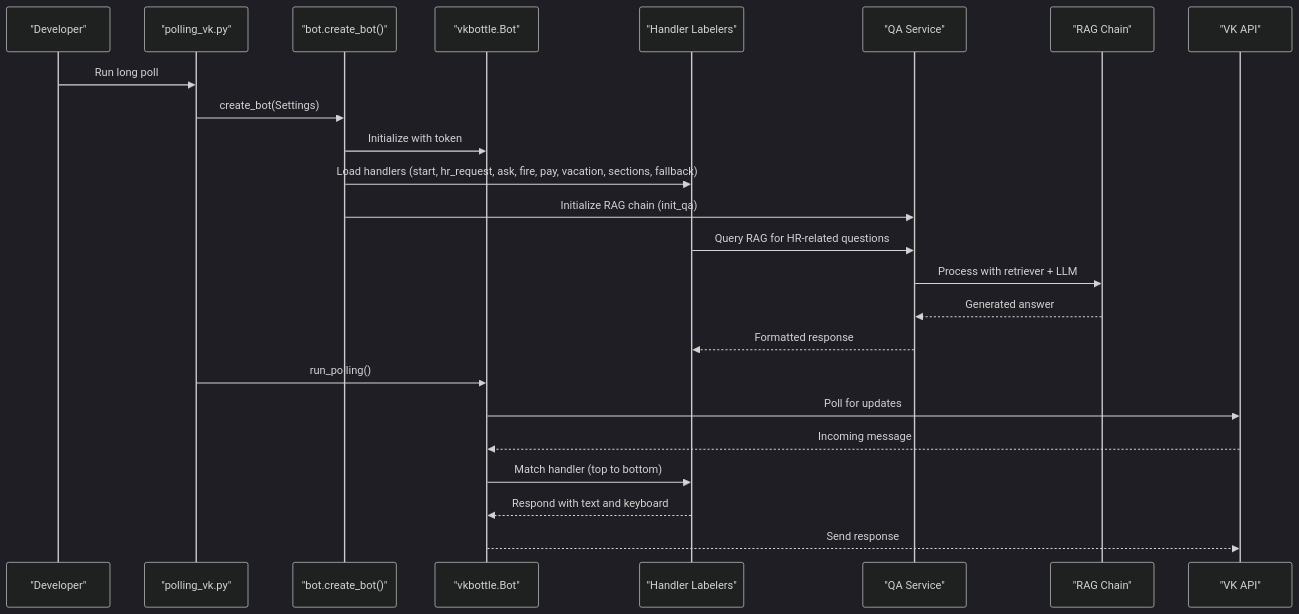
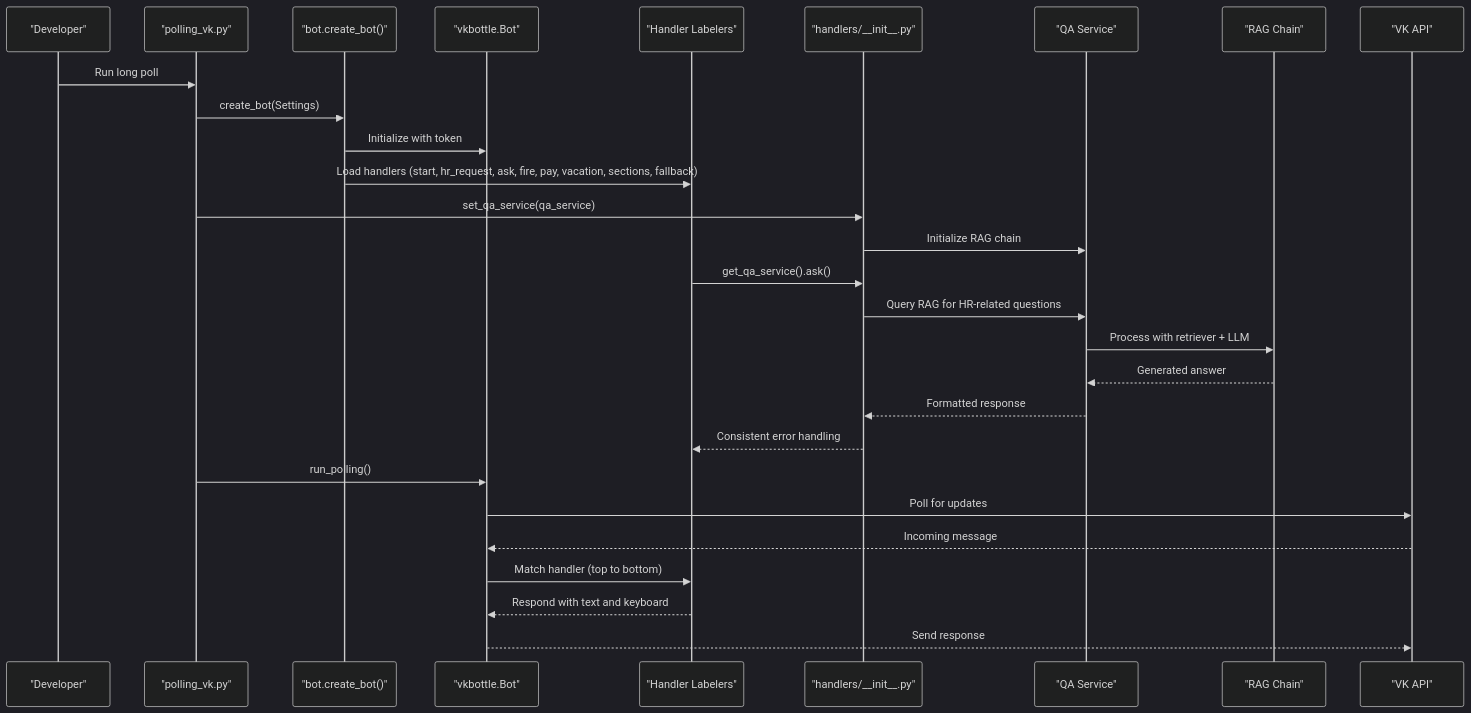
Before and after one commit to ognelis/cafetera_hr_bot: the second of 11 diagrams in .qoder/repowiki/en/content/VK Integration/VK Integration.md, drawn with Mermaid (dark theme). The commit also changed other lines of this file and 29 other files, not shown here.

````diff
--- a/.qoder/repowiki/en/content/VK Integration/VK Integration.md
+++ b/.qoder/repowiki/en/content/VK Integration/VK Integration.md
@@ -167,26 +178,30 @@
 ```mermaid
 sequenceDiagram
 participant Dev as "Developer"
 participant Script as "polling_vk.py"
 participant Factory as "bot.create_bot()"
 participant Bot as "vkbottle.Bot"
 participant Labelers as "Handler Labelers"
+participant Utils as "handlers/__init__.py"
 participant QA as "QA Service"
 participant RAG as "RAG Chain"
 participant VK as "VK API"
 Dev->>Script : Run long poll
 Script->>Factory : create_bot(Settings)
 Factory->>Bot : Initialize with token
 Factory->>Labelers : Load handlers (start, hr_request, ask, fire, pay, vacation, sections, fallback)
-Factory->>QA : Initialize RAG chain (init_qa)
-Labelers->>QA : Query RAG for HR-related questions
+Script->>Utils : set_qa_service(qa_service)
+Utils->>QA : Initialize RAG chain
+Labelers->>Utils : get_qa_service().ask()
+Utils->>QA : Query RAG for HR-related questions
 QA->>RAG : Process with retriever + LLM
 RAG-->>QA : Generated answer
-QA-->>Labelers : Formatted response
+QA-->>Utils : Formatted response
+Utils-->>Labelers : Consistent error handling
 Script->>Bot : run_polling()
 Bot->>VK : Poll for updates
 VK-->>Bot : Incoming message
 Bot->>Labelers : Match handler (top to bottom)
 Labelers-->>Bot : Respond with text and keyboard
 Bot-->>VK : Send response
 ```
````
